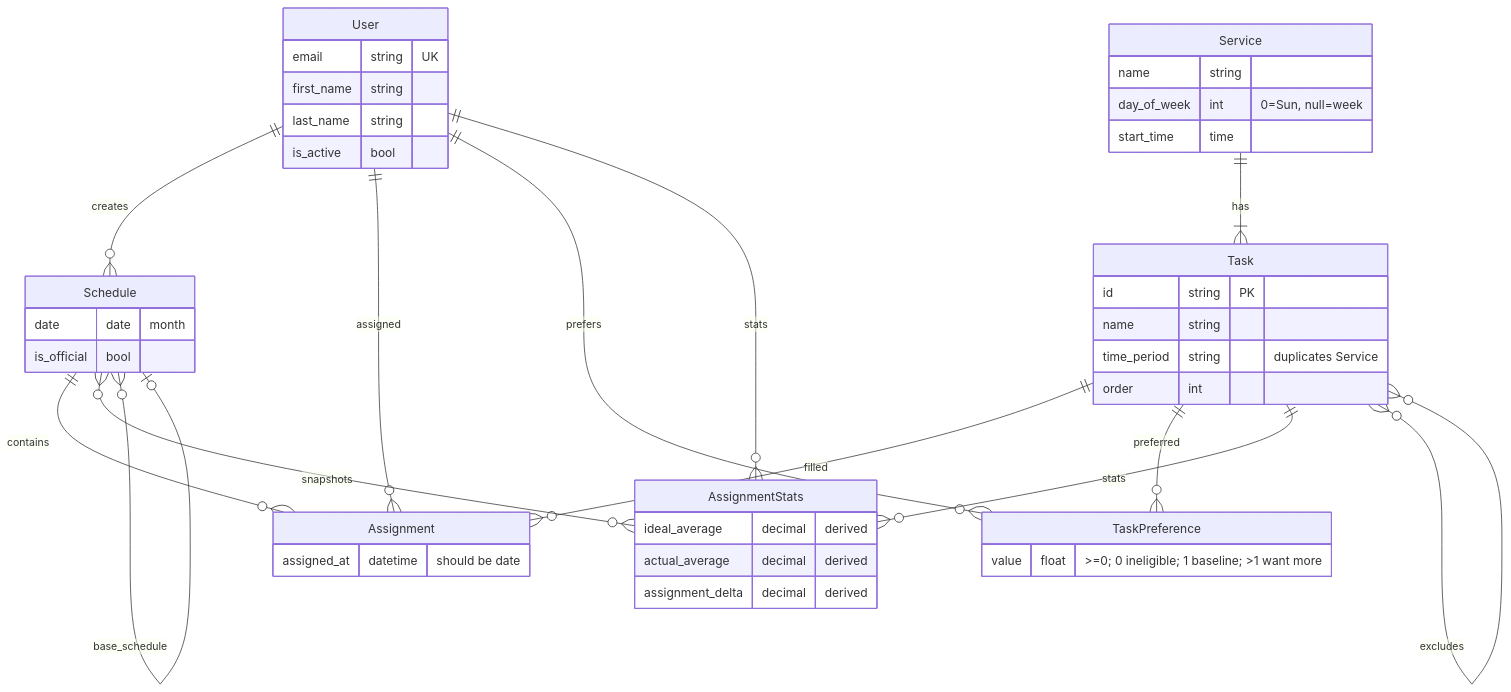
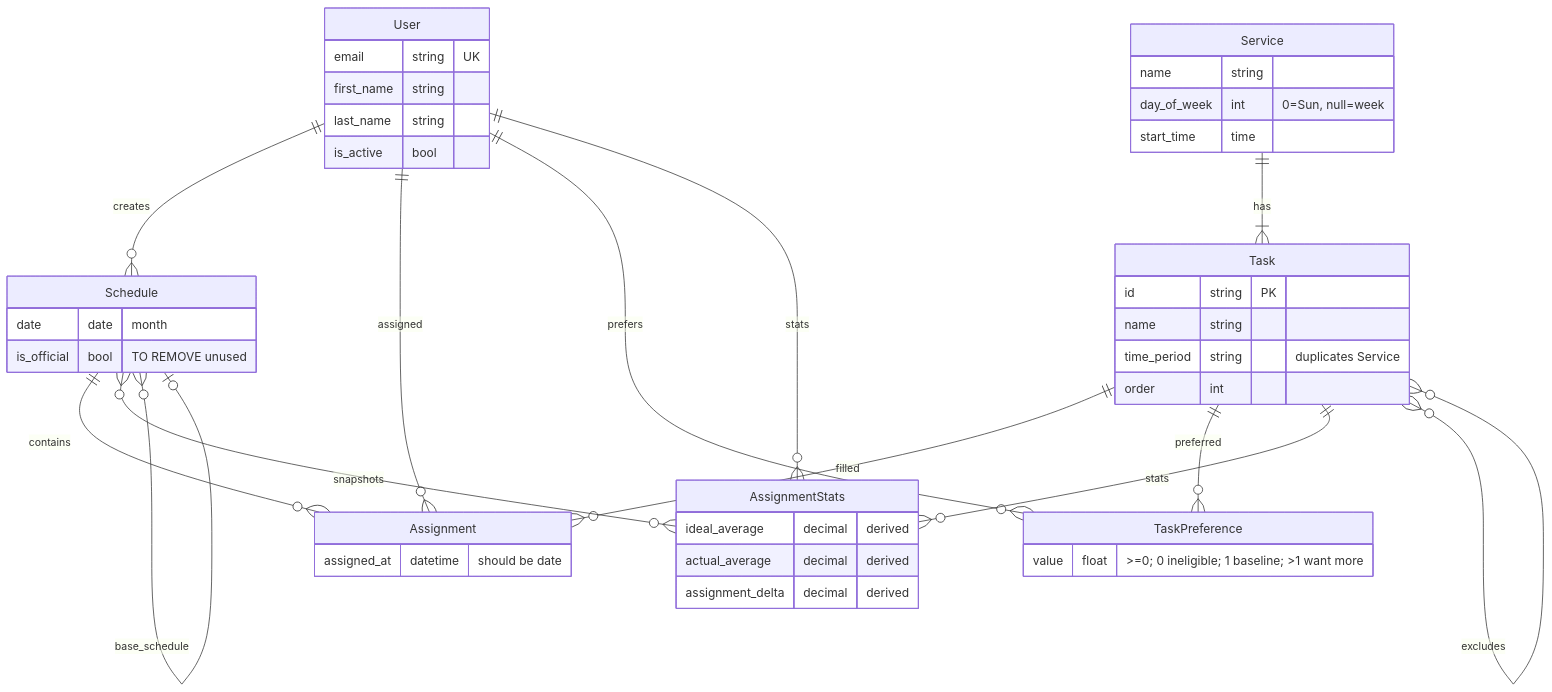
Before and after one commit to samtipton/service-scheduler: the diagram in SCHEMA.md, drawn with Mermaid. The commit also changed other lines of this file and 32 other files, not shown here.

````diff
--- a/SCHEMA.md
+++ b/SCHEMA.md
@@ -5,48 +5,48 @@
 ```mermaid
 erDiagram
     User ||--o{ Schedule : creates
     User ||--o{ Assignment : assigned
     User ||--o{ TaskPreference : prefers
     User ||--o{ AssignmentStats : stats
     Service ||--|{ Task : has
     Task ||--o{ Assignment : filled
     Task ||--o{ TaskPreference : preferred
     Task ||--o{ AssignmentStats : stats
     Task }o--o{ Task : excludes
     Schedule ||--o{ Assignment : contains
     Schedule }o--o{ AssignmentStats : snapshots
     Schedule }o--o| Schedule : base_schedule
 
     User {
         email string UK
         first_name string
         last_name string
         is_active bool
     }
     Service {
         name string
         day_of_week int "0=Sun, null=week"
         start_time time
     }
     Task {
         id string PK
         name string
         time_period string "duplicates Service"
         order int
     }
     TaskPreference {
         value float ">=0; 0 ineligible; 1 baseline; >1 want more"
     }
     Schedule {
         date date "month"
-        is_official bool
+        is_official bool "TO REMOVE unused"
     }
     Assignment {
         assigned_at datetime "should be date"
     }
     AssignmentStats {
         ideal_average decimal "derived"
         actual_average decimal "derived"
         assignment_delta decimal "derived"
     }
 ```
````
